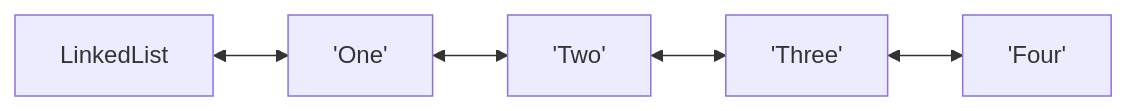
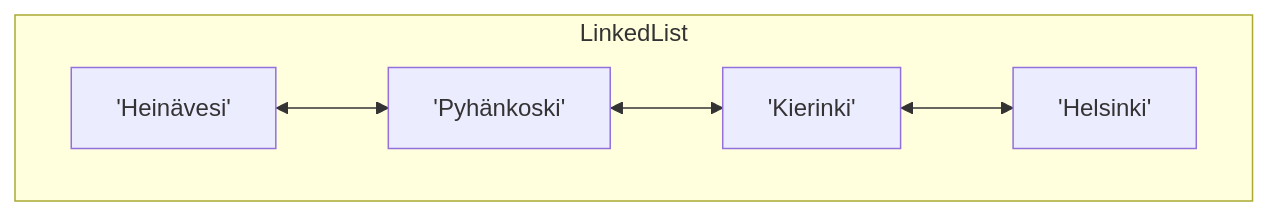
One commit to ohjelmointi2/ohjelmointi2.github.io changed the second of 2 diagrams in docs/08_algoritmit.md. Above: the diagram before and after it, drawn with Mermaid. The commit also changed other lines of this file, not shown here.

Commit message:
Korjattu virheellinen indeksointi ArrayList-diagrammissa. Paremmat esimerkit diagrammeihin.

````diff
--- a/docs/08_algoritmit.md
+++ b/docs/08_algoritmit.md
@@ -56,7 +57,9 @@
 ```mermaid
 graph LR
-    A[LinkedList] <--> B1['One']
-    B1 <--> B2['Two']
-    B2 <--> B3['Three']
-    B3 <--> B4['Four']
+    subgraph LinkedList
+        direction LR
+        B1['Heinävesi'] <--> B2['Pyhänkoski']
+        B2 <--> B3['Kierinki']
+        B3 <--> B4['Helsinki']
+    end
 ```
````
